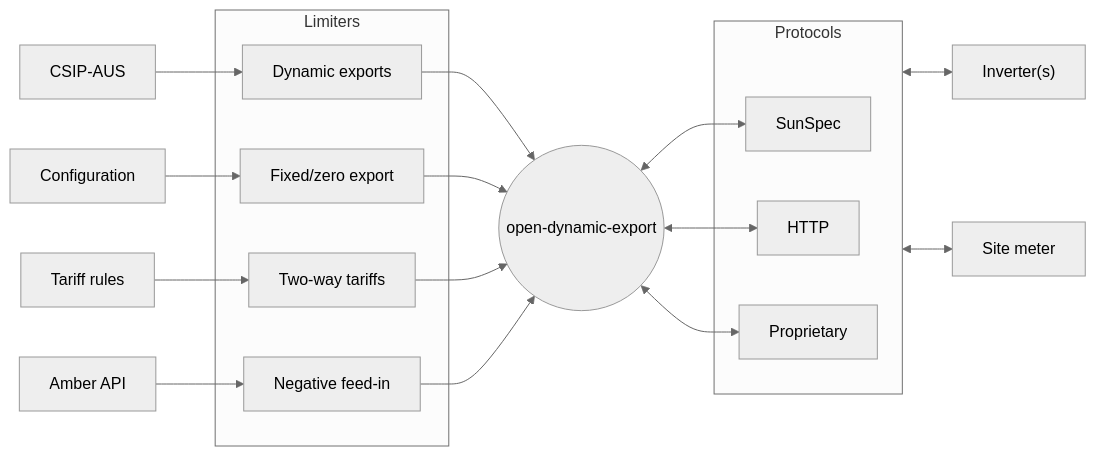
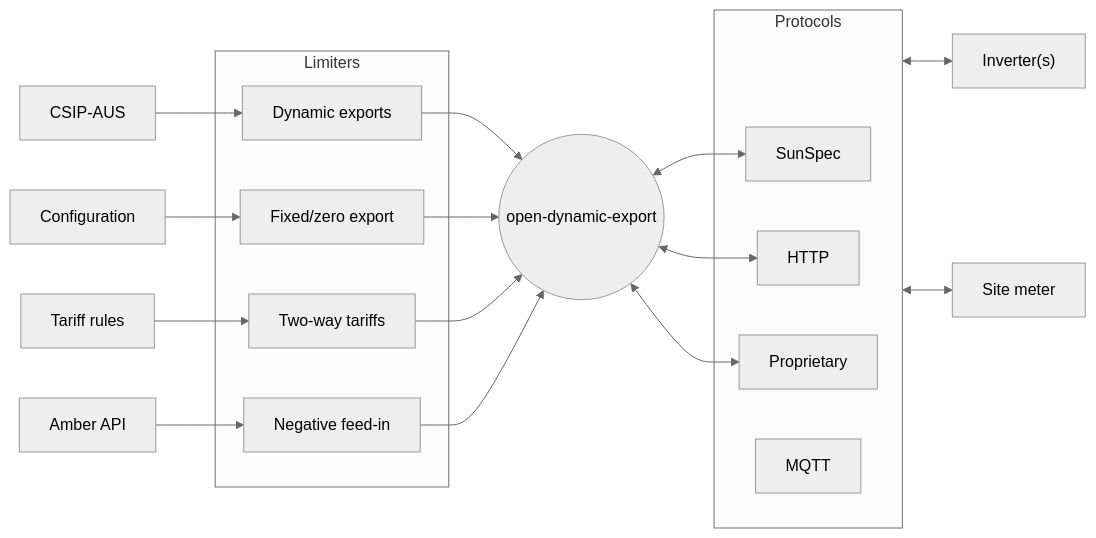
One commit to longzheng/open-dynamic-export changed the first of 2 diagrams in README.md. Above: the diagram before and after it, drawn with Mermaid (neutral theme).

````diff
--- a/README.md
+++ b/README.md
@@ -11,27 +11,28 @@
 ```mermaid
 flowchart LR
     ODE(("open-dynamic-export"))
     I["Inverter(s)"]
     M["Site meter"]
 
     CSIP-AUS --> DC
     DC & F & T & NFI --> ODE
     Configuration --> F
     A["Amber API"] --> NFI
     R["Tariff rules"] --> T
     ODE <--> SunSpec & HTTP & Proprietary
     Protocols <--> I & M
 
     subgraph Limiters
     DC["Dynamic exports"]
     F["Fixed/zero export"]
     T["Two-way tariffs"]
     NFI["Negative feed-in"]
     end
 
     subgraph Protocols
     SunSpec
     HTTP
+    MQTT
     Proprietary
     end
 ```
````
